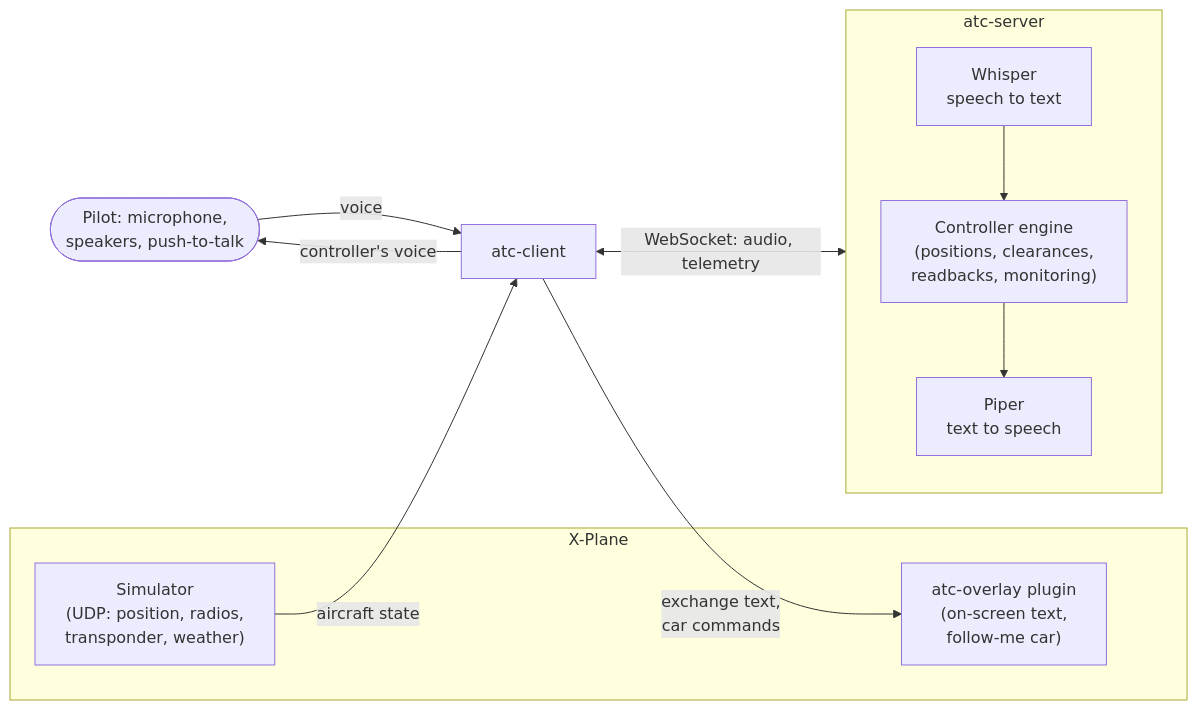
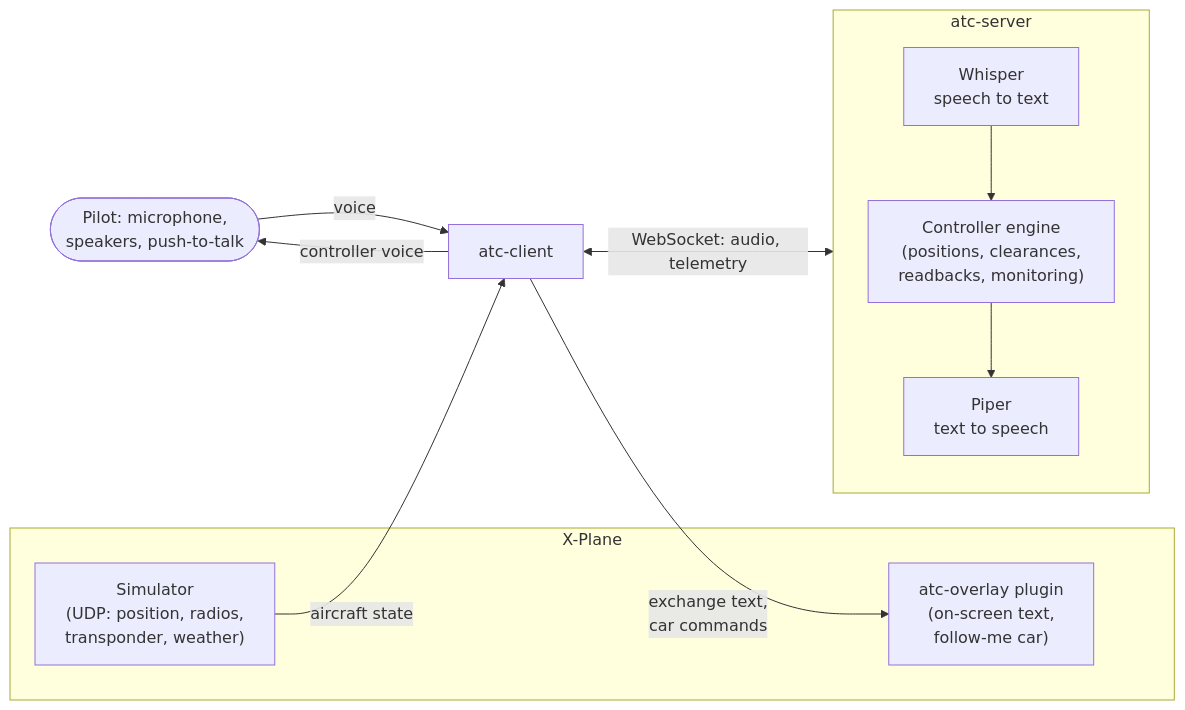
One commit to estatic/ratc changed the diagram in README.md. Above: the diagram before and after it, drawn with Mermaid.

Commit message:
docs(readme): quote diagram edge labels so the chart renders everywhere

````diff
--- a/README.md
+++ b/README.md
@@ -49,21 +49,21 @@
 ```mermaid
 flowchart LR
     pilot(["Pilot: microphone,<br/>speakers, push-to-talk"])
     subgraph xp["X-Plane"]
         sim["Simulator<br/>(UDP: position, radios,<br/>transponder, weather)"]
         overlay["atc-overlay plugin<br/>(on-screen text,<br/>follow-me car)"]
     end
     client["atc-client"]
     subgraph server["atc-server"]
         stt["Whisper<br/>speech to text"]
         engine["Controller engine<br/>(positions, clearances,<br/>readbacks, monitoring)"]
         tts["Piper<br/>text to speech"]
     end
 
-    pilot -- voice --> client
-    client -- controller's voice --> pilot
-    sim -- aircraft state --> client
-    client -- exchange text,<br/>car commands --> overlay
+    pilot -->|"voice"| client
+    client -->|"controller voice"| pilot
+    sim -->|"aircraft state"| client
+    client -->|"exchange text,<br/>car commands"| overlay
     client <-->|"WebSocket: audio, telemetry"| server
     stt --> engine --> tts
 ```
````
